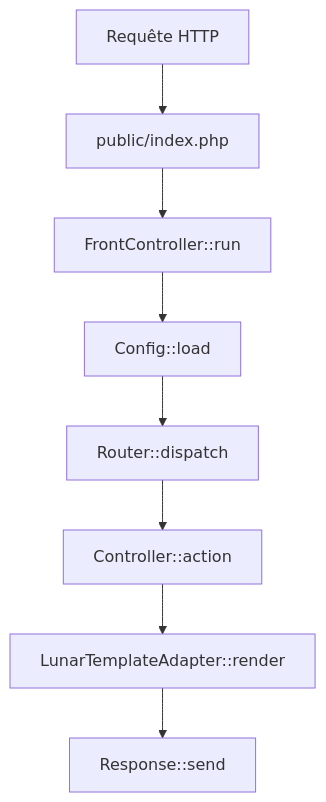
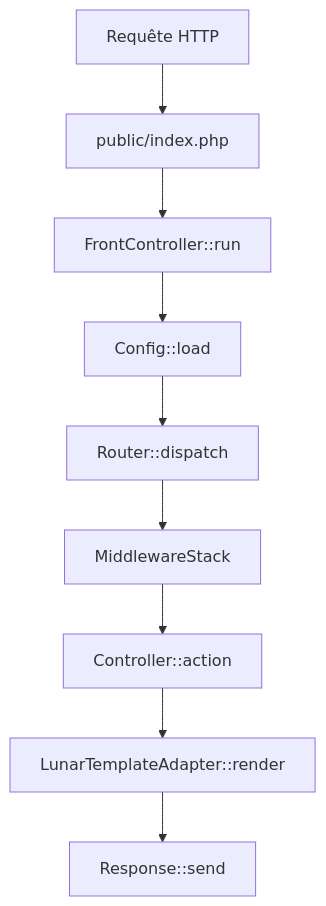
The first of 3 diagrams in doc/architecture.md (yrbane/lunar-quanta), drawn with Mermaid before and after one commit. The commit also changed other lines of this file and 164 other files, not shown here.

````diff
--- a/doc/architecture.md
+++ b/doc/architecture.md
@@ -16,10 +16,11 @@
 ```mermaid
 graph TD
     A[Requête HTTP] --> B[public/index.php]
     B --> C[FrontController::run]
     C --> D[Config::load]
     D --> E[Router::dispatch]
-    E --> F[Controller::action]
+    E --> M[MiddlewareStack]
+    M --> F[Controller::action]
     F --> G[LunarTemplateAdapter::render]
     G --> H[Response::send]
 ```
````
